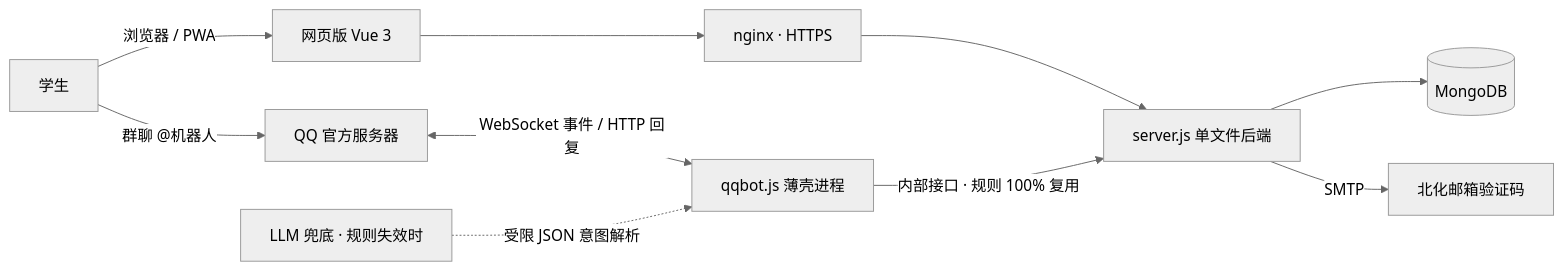
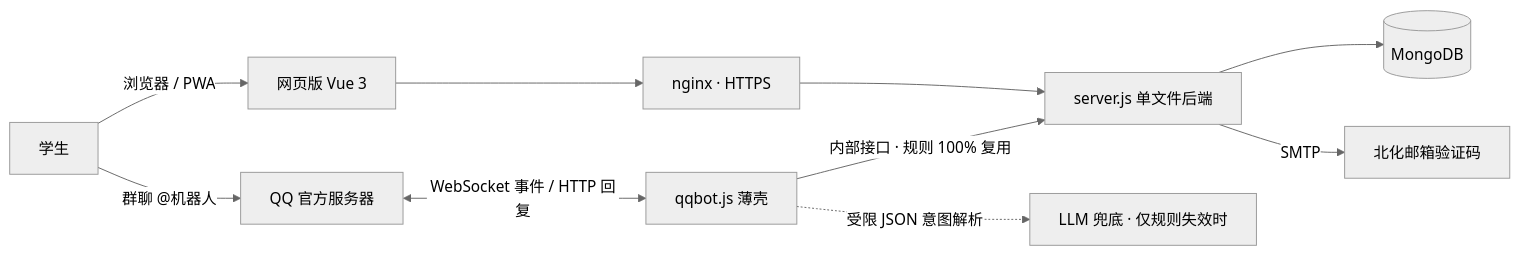
One commit to Prom1seCN/BHTXwebot changed the diagram in README.md. Above: the diagram before and after it, drawn with Mermaid (neutral theme). The commit also changed other lines of this file and 4 other files, not shown here.

````diff
--- a/README.md
+++ b/README.md
@@ -77,12 +78,12 @@
 ```mermaid
 flowchart LR
     U[学生] -->|浏览器 / PWA| W[网页版 Vue 3]
     U -->|群聊 @机器人| Q[QQ 官方服务器]
-    Q <-- WebSocket 事件 / HTTP 回复 --> B[qqbot.js 薄壳进程]
+    Q <-- WebSocket 事件 / HTTP 回复 --> B[qqbot.js 薄壳]
     W --> N[nginx · HTTPS]
     N --> S[server.js 单文件后端]
     B -->|内部接口 · 规则 100% 复用| S
     S --> M[(MongoDB)]
     S -->|SMTP| E[北化邮箱验证码]
-    L[LLM 兜底 · 规则失效时] -.受限 JSON 意图解析.-> B
+    B -.受限 JSON 意图解析.-> L[LLM 兜底 · 仅规则失效时]
 ```
````
